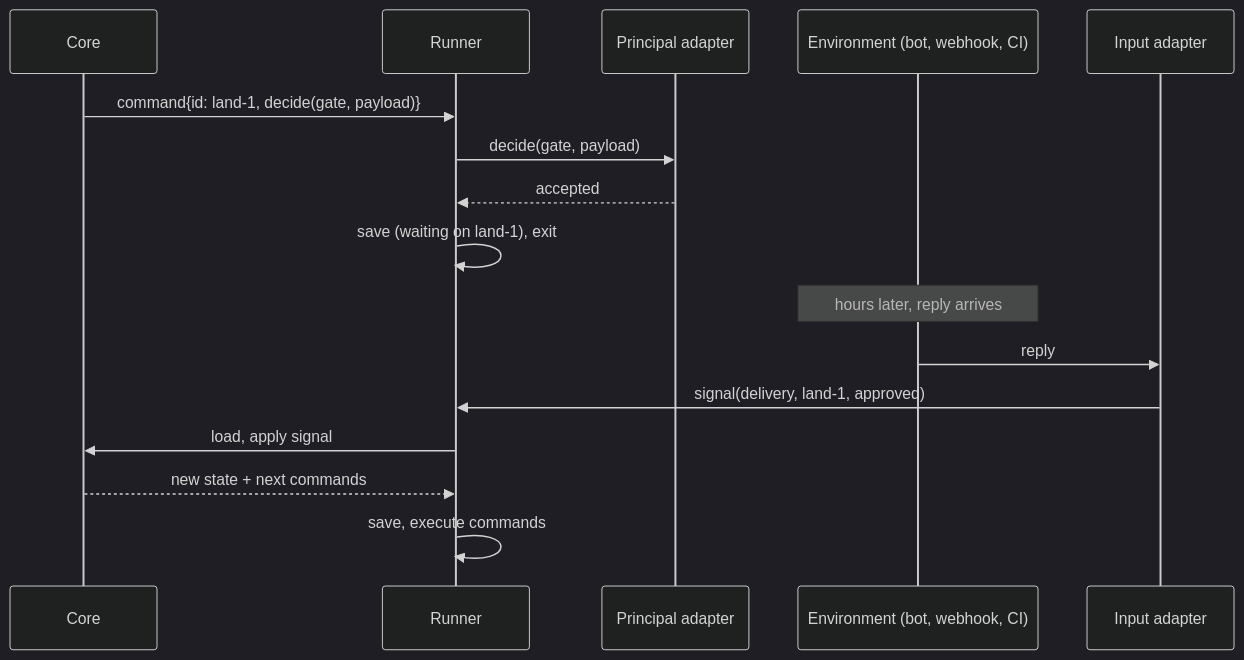
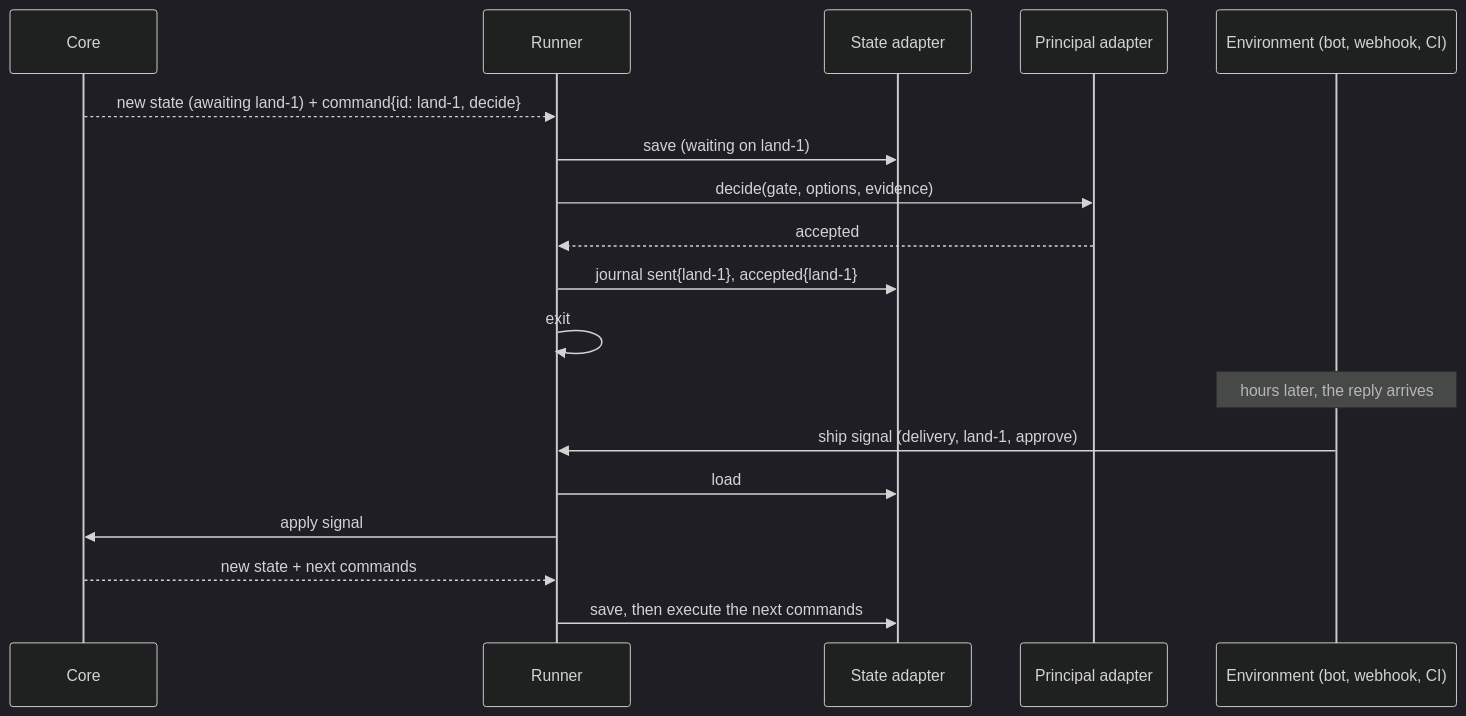
One commit to pehota/harlo changed the fourth of 4 diagrams in ship/docs/architecture.md. Above: the diagram before and after it, drawn with Mermaid (dark theme). The commit also changed other lines of this file and 3 other files, not shown here.

First line of the commit message:
docs(ship): implementation plan and architecture amendments

````diff
--- a/ship/docs/architecture.md
+++ b/ship/docs/architecture.md
@@ -274,19 +294,21 @@
 ```mermaid
 sequenceDiagram
   participant Core
   participant Run as Runner
+  participant St as State adapter
   participant Pr as Principal adapter
   participant Env as Environment (bot, webhook, CI)
-  participant In as Input adapter
 
-  Core->>Run: command{id: land-1, decide(gate, payload)}
-  Run->>Pr: decide(gate, payload)
+  Core-->>Run: new state (awaiting land-1) + command{id: land-1, decide}
+  Run->>St: save (waiting on land-1)
+  Run->>Pr: decide(gate, options, evidence)
   Pr-->>Run: accepted
-  Run->>Run: save (waiting on land-1), exit
-  Note over Env: hours later, reply arrives
-  Env->>In: reply
-  In->>Run: signal(delivery, land-1, approved)
-  Run->>Core: load, apply signal
+  Run->>St: journal sent{land-1}, accepted{land-1}
+  Run->>Run: exit
+  Note over Env: hours later, the reply arrives
+  Env->>Run: ship signal (delivery, land-1, approve)
+  Run->>St: load
+  Run->>Core: apply signal
   Core-->>Run: new state + next commands
-  Run->>Run: save, execute commands
+  Run->>St: save, then execute the next commands
 ```
````
